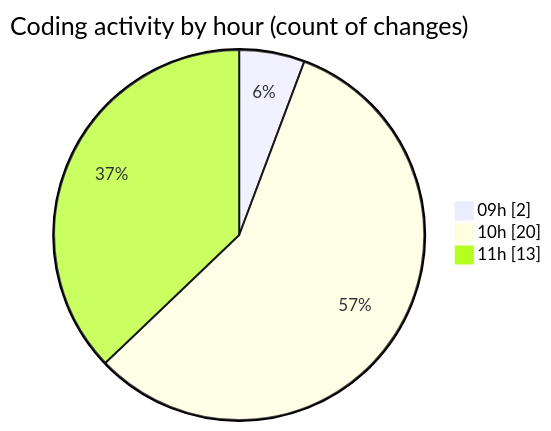
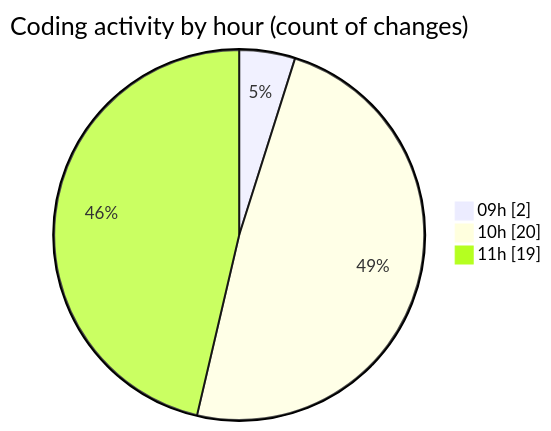
One commit to momahboobian/code-tracking changed the second of 2 diagrams in 2025-06-13/cda/README.md. Above: the diagram before and after it, drawn with Mermaid. The commit also changed other lines of this file and 1 other file, not shown here.

````diff
--- a/2025-06-13/cda/README.md
+++ b/2025-06-13/cda/README.md
@@ -31,7 +33,7 @@
 ```mermaid
 pie showData
 title Coding activity by hour (count of changes)
 "09h" : 2
 "10h" : 20
-"11h" : 13
+"11h" : 19
 ```
````
